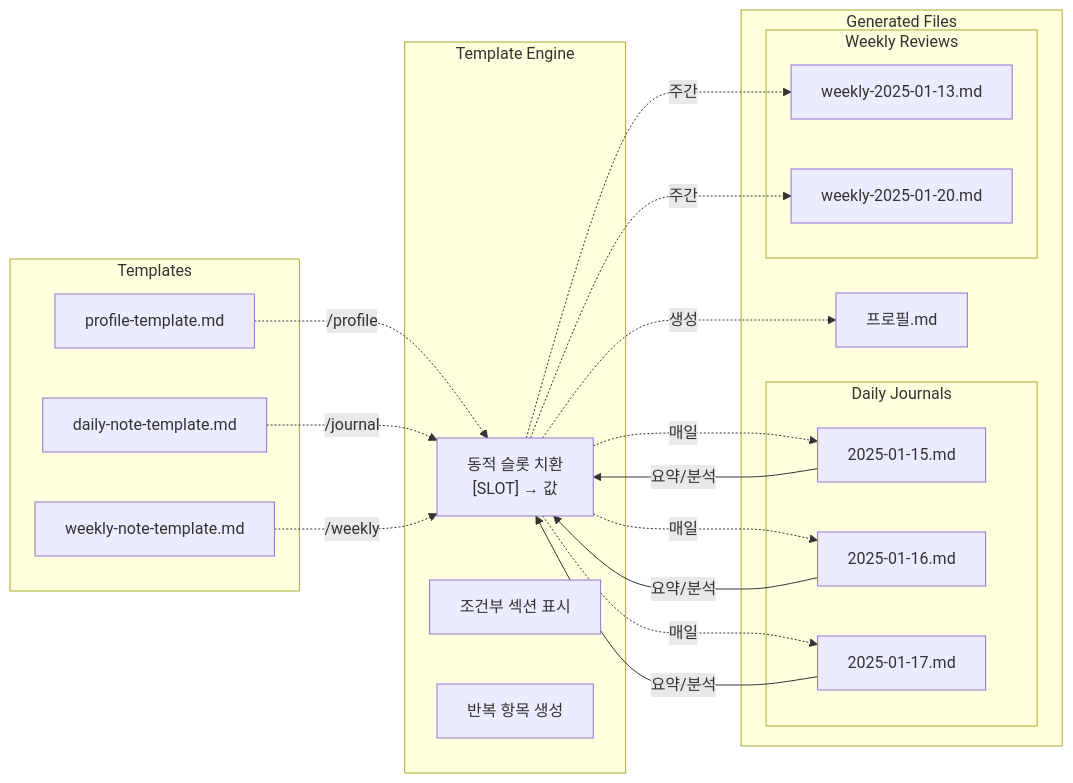
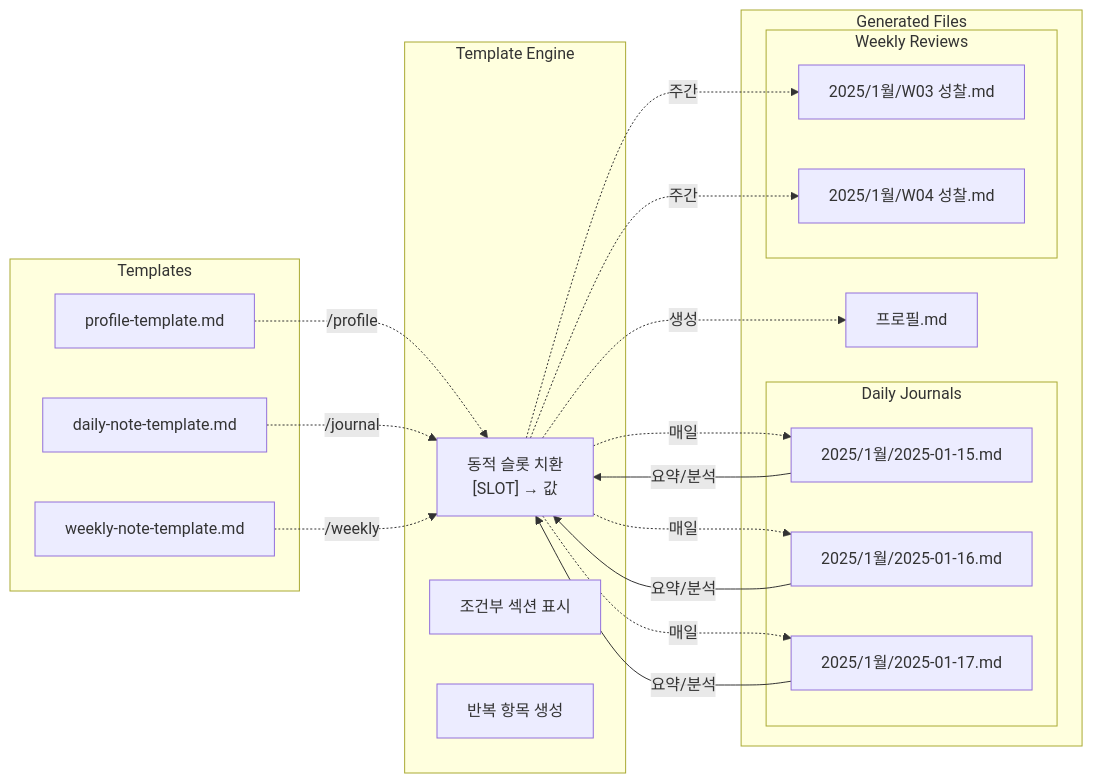
The third of 4 diagrams in docs/architecture.md (hoetaek/reflective-conversational-journal), drawn with Mermaid before and after one commit. The commit also changed 2 other files, not shown here.

Commit message:
refactor: Update weekly reflection process and file structure for improved clarity and usability

````diff
--- a/docs/architecture.md
+++ b/docs/architecture.md
@@ -78,44 +78,44 @@
 ```mermaid
 graph LR
     %% Templates
     subgraph Templates
         PT[profile-template.md]
         DT[daily-note-template.md]
         WT[weekly-note-template.md]
     end
 
     %% Engine
     subgraph Template Engine
         TE[동적 슬롯 치환<br/>#91;SLOT#93; → 값]
         CS[조건부 섹션 표시]
         DI[반복 항목 생성]
     end
 
     %% Outputs
     subgraph Generated Files
         P[프로필.md]
         subgraph Daily Journals
-            D1[2025-01-15.md]
-            D2[2025-01-16.md]
-            D3[2025-01-17.md]
+            D1[2025/1월/2025-01-15.md]
+            D2[2025/1월/2025-01-16.md]
+            D3[2025/1월/2025-01-17.md]
         end
         subgraph Weekly Reviews
-            W1[weekly-2025-01-13.md]
-            W2[weekly-2025-01-20.md]
+            W1[2025/1월/W03 성찰.md]
+            W2[2025/1월/W04 성찰.md]
         end
     end
 
     %% Flow
     PT -.->|/profile| TE
     DT -.->|/journal| TE
     WT -.->|/weekly| TE
 
     TE -.->|생성| P
     TE -.->|매일| D1
     TE -.->|매일| D2
     TE -.->|매일| D3
 
     D1 & D2 & D3 -->|요약/분석| TE
     TE -.->|주간| W1
     TE -.->|주간| W2
 ```
````
